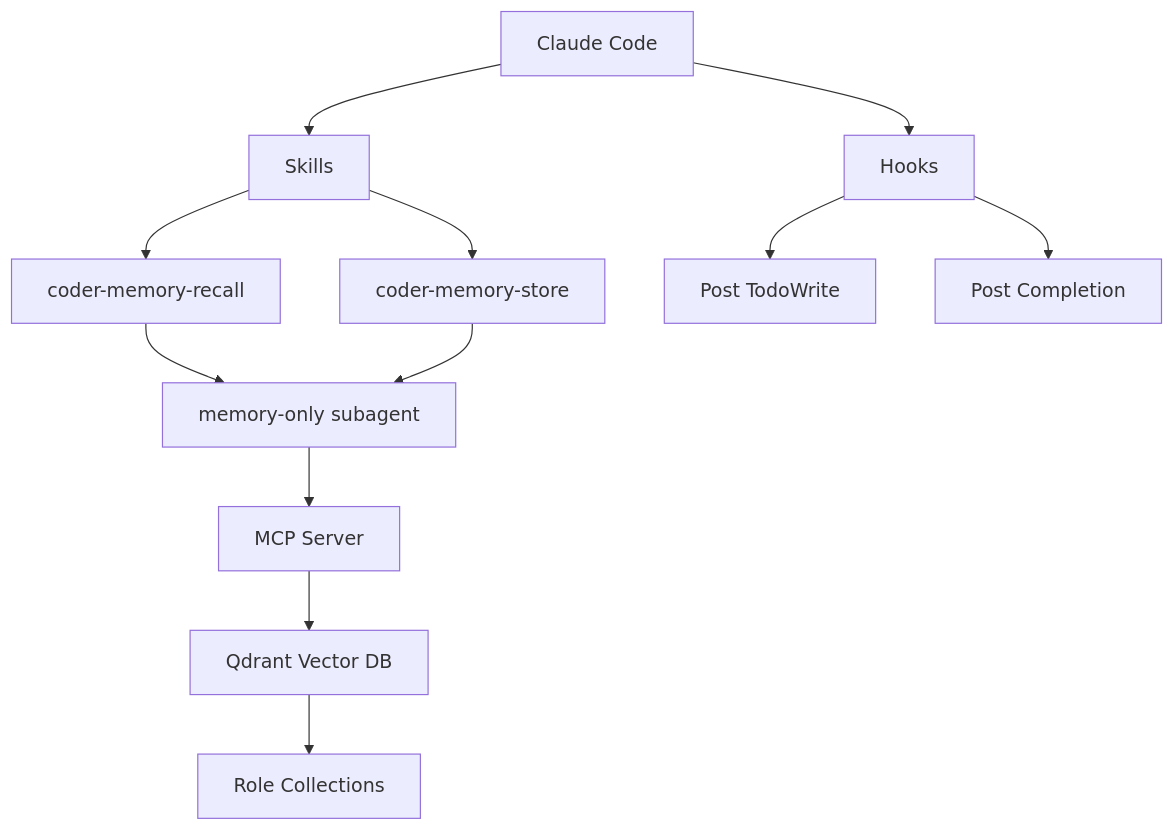
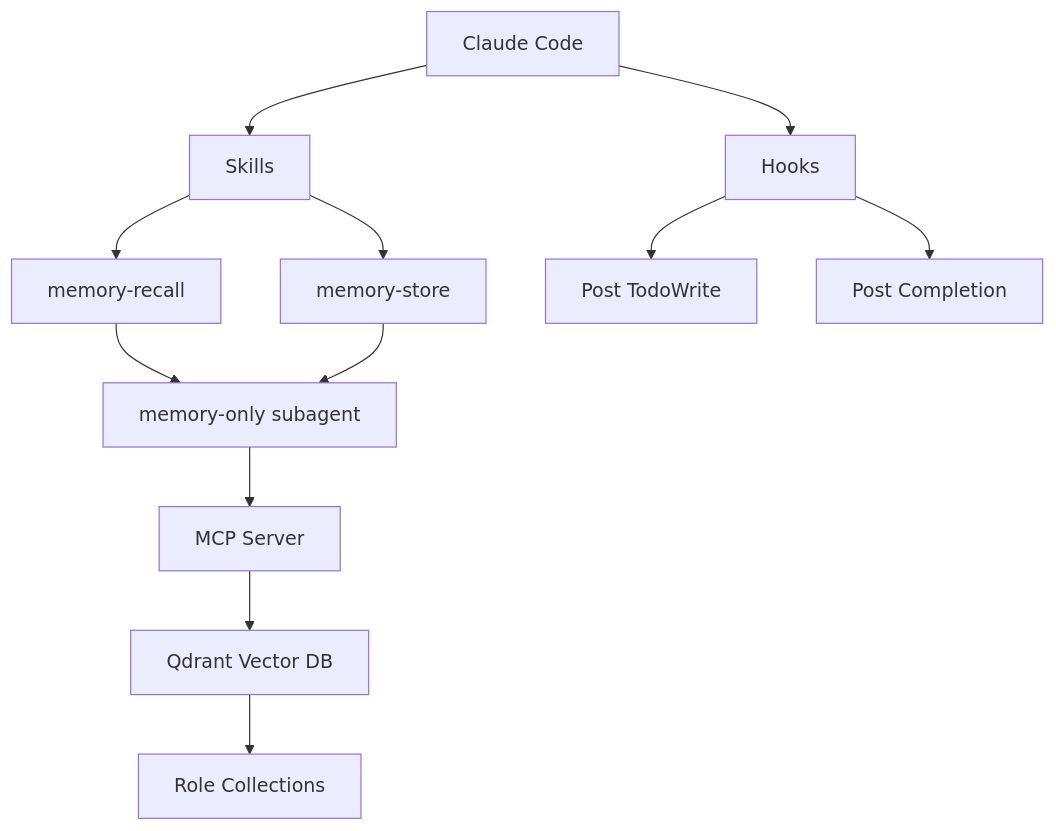
Before and after one commit to hungson175/AI-teams-controller-public: the fifth of 5 diagrams in memory-system/docs/tech/memory_guide_draft_v7.md, drawn with Mermaid. The commit also changed other lines of this file and 18 other files, not shown here.

First line of the commit message:
fix: memory-store corrections + rename all skills

````diff
--- a/memory-system/docs/tech/memory_guide_draft_v7.md
+++ b/memory-system/docs/tech/memory_guide_draft_v7.md
@@ -209,14 +209,14 @@
 ```mermaid
 graph TB
     A[Claude Code] --> B[Skills]
     A --> C[Hooks]
-    B --> D[coder-memory-recall]
-    B --> E[coder-memory-store]
+    B --> D[memory-recall]
+    B --> E[memory-store]
     C --> F[Post TodoWrite]
     C --> G[Post Completion]
     D --> H[memory-only subagent]
     E --> H
     H --> I[MCP Server]
     I --> J[Qdrant Vector DB]
     J --> K[Role Collections]
 ```
````
